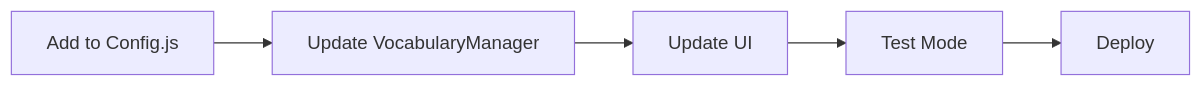
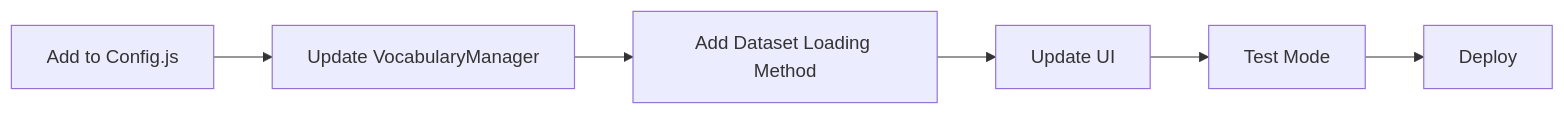
One commit to david3xu/ccl-pronunciation-trainer changed the eighth of 8 diagrams in docs/WORKFLOW.md. Above: the diagram before and after it, drawn with Mermaid. The commit also changed other lines of this file and 16 other files, not shown here.

````diff
--- a/docs/WORKFLOW.md
+++ b/docs/WORKFLOW.md
@@ -308,7 +319,8 @@
 ```mermaid
 graph LR
     A[Add to Config.js] --> B[Update VocabularyManager]
-    B --> C[Update UI]
-    C --> D[Test Mode]
-    D --> E[Deploy]
+    B --> C[Add Dataset Loading Method]
+    C --> D[Update UI]
+    D --> E[Test Mode]
+    E --> F[Deploy]
 ```
````
